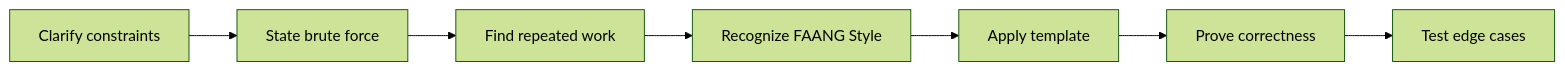
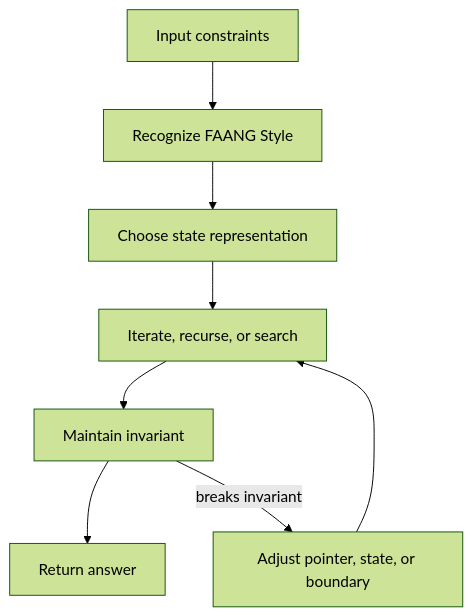
Before and after one commit to abstractinterviews/abstractinterviews.github.io: the second of 2 diagrams in coding-round/company-tracks/faang-style/index.md, drawn with Mermaid (forest theme). The commit also changed other lines of this file and 278 other files, not shown here.

````diff
--- a/coding-round/company-tracks/faang-style/index.md
+++ b/coding-round/company-tracks/faang-style/index.md
@@ -123,9 +121,10 @@
-~~~mermaid
-flowchart LR
-    A["Clarify constraints"] --> B["State brute force"]
-    B --> C["Find repeated work"]
-    C --> D["Recognize FAANG Style"]
-    D --> E["Apply template"]
-    E --> F["Prove correctness"]
-    F --> G["Test edge cases"]
-~~~
+```mermaid
+flowchart TD
+    Input["Input constraints"] --> Pattern["Recognize FAANG Style"]
+    Pattern --> State["Choose state representation"]
+    State --> Iterate["Iterate, recurse, or search"]
+    Iterate --> Check["Maintain invariant"]
+    Check --> Result["Return answer"]
+    Check -->|breaks invariant| Fix["Adjust pointer, state, or boundary"]
+    Fix --> Iterate
+```
````
